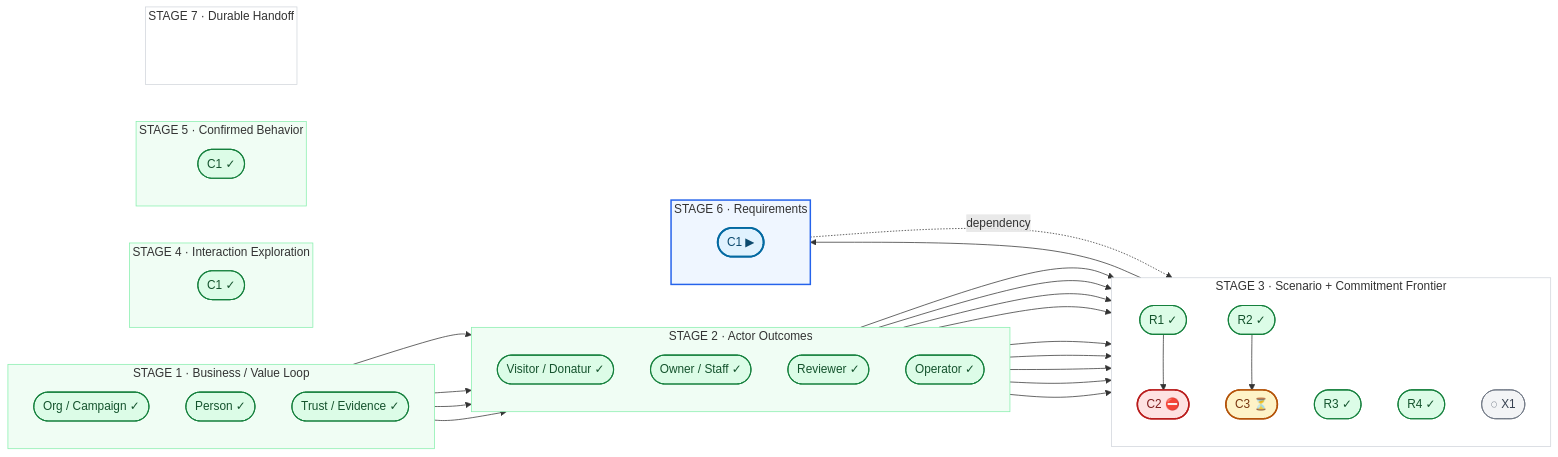
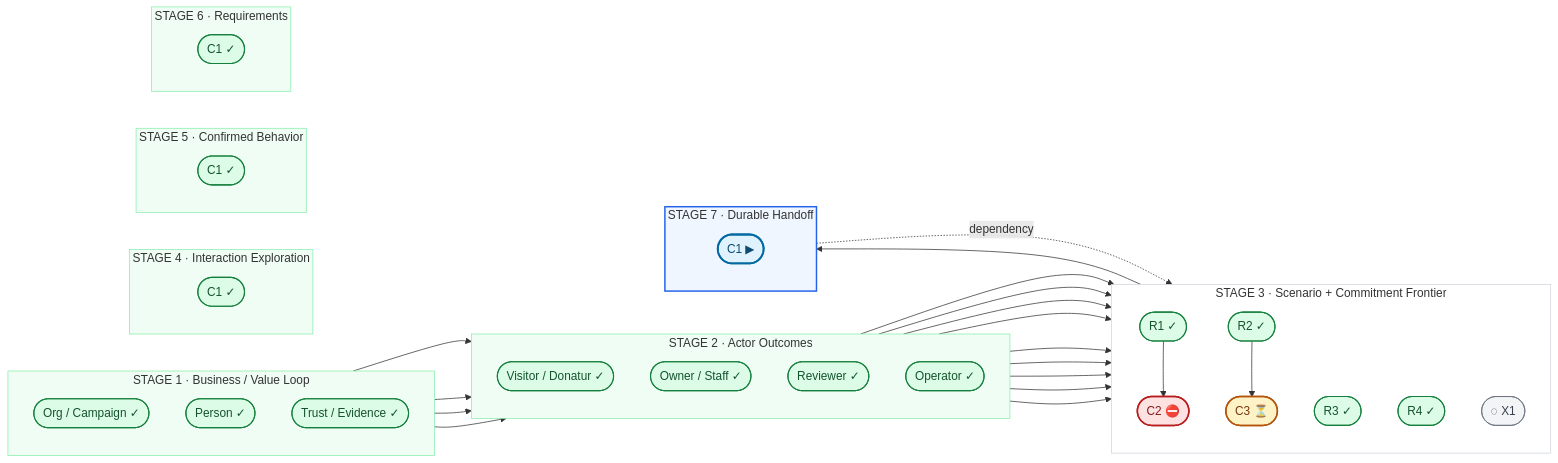
Before and after one commit to anhsbolic/kencleng: the diagram in docs/product/pilot-3-control-tower.md, drawn with Mermaid. The commit also changed other lines of this file, not shown here.

Commit message:
docs(product): move C1 into active Stage 7

````diff
--- a/docs/product/pilot-3-control-tower.md
+++ b/docs/product/pilot-3-control-tower.md
@@ -59,12 +59,12 @@
 
   subgraph S6["STAGE 6 · Requirements"]
     direction TB
-    C1(["C1 ▶"])
+    C1S6(["C1 ✓"])
   end
 
   subgraph S7["STAGE 7 · Durable Handoff"]
     direction TB
-    G7[" "]
+    C1(["C1 ▶"])
   end
 
   V1 --> A2
@@ -99,17 +99,18 @@
   class V1,V2,V3,A1,A2,A3,A4,R1,R2,R3,R4 complete;
   class C1S4 complete;
   class C1S5 complete;
+  class C1S6 complete;
   class C1 active;
   class C2 blocked;
   class C3 waiting;
   class X1 probe;
-  class G7 ghost;
+
 
   style S1 fill:#f0fdf4,stroke:#86efac,stroke-width:1px
   style S2 fill:#f0fdf4,stroke:#86efac,stroke-width:1px
   style S3 fill:#ffffff,stroke:#d1d5db,stroke-width:1px
   style S4 fill:#f0fdf4,stroke:#86efac,stroke-width:1px
   style S5 fill:#f0fdf4,stroke:#86efac,stroke-width:1px
-  style S6 fill:#eff6ff,stroke:#2563eb,stroke-width:2px
-  style S7 fill:#ffffff,stroke:#d1d5db,stroke-width:1px
+  style S6 fill:#f0fdf4,stroke:#86efac,stroke-width:1px
+  style S7 fill:#eff6ff,stroke:#2563eb,stroke-width:2px
 ```
````
